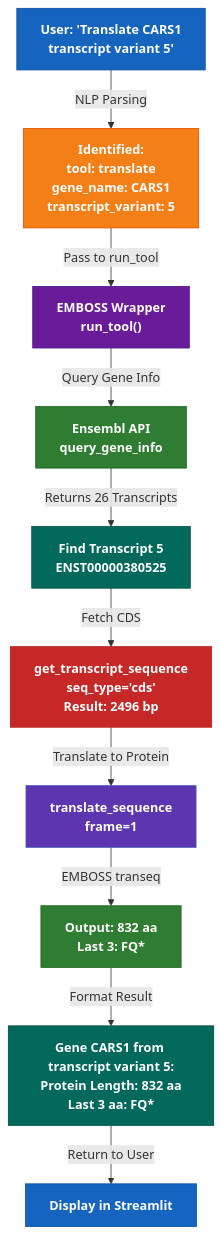
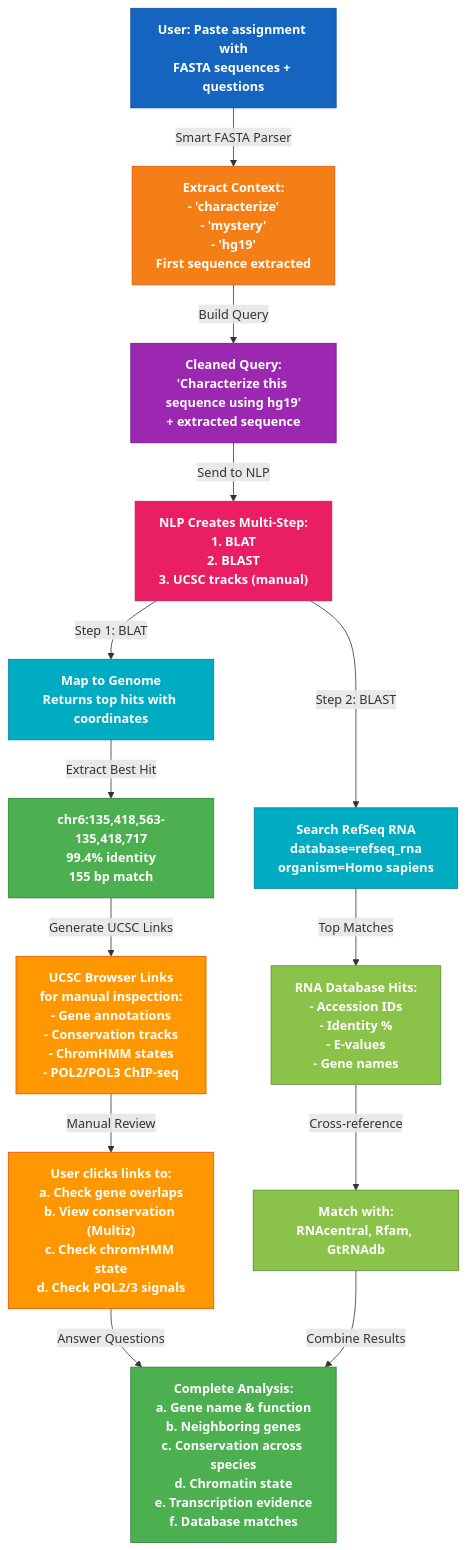
One commit to caagendaz/BME110-final changed the third of 14 diagrams in ARCHITECTURE.md. Above: the diagram before and after it, drawn with Mermaid. The commit also changed other lines of this file and 3 other files, not shown here.

First line of the commit message:
Remove hardcoded mystery analyzer, enhance BLAT parser, improve FASTA handling, update architecture docs

````diff
--- a/ARCHITECTURE.md
+++ b/ARCHITECTURE.md
@@ -91,31 +144,41 @@
 ```mermaid
 graph TD
-    A["User: 'Translate CARS1<br/>transcript variant 5'"] 
+    A["User: Paste assignment with<br/>FASTA sequences + questions"] 
     
-    A -->|NLP Parsing| B["Identified:<br/>tool: translate<br/>gene_name: CARS1<br/>transcript_variant: 5"]
+    A -->|Smart FASTA Parser| B["Extract Context:<br/>- 'characterize'<br/>- 'mystery'<br/>- 'hg19'<br/>First sequence extracted"]
     
-    B -->|Pass to run_tool| C["EMBOSS Wrapper<br/>run_tool()"]
+    B -->|Build Query| C["Cleaned Query:<br/>'Characterize this sequence using hg19'<br/>+ extracted sequence"]
     
-    C -->|Query Gene Info| D["Ensembl API<br/>query_gene_info"]
-    D -->|Returns 26 Transcripts| E["Find Transcript 5<br/>ENST00000380525"]
+    C -->|Send to NLP| D["NLP Creates Multi-Step:<br/>1. BLAT<br/>2. BLAST<br/>3. UCSC tracks (manual)"]
     
-    E -->|Fetch CDS| F["get_transcript_sequence<br/>seq_type='cds'<br/>Result: 2496 bp"]
+    D -->|Step 1: BLAT| E["Map to Genome<br/>Returns top hits with coordinates"]
     
-    F -->|Translate to Protein| G["translate_sequence<br/>frame=1"]
-    G -->|EMBOSS transeq| H["Output: 832 aa<br/>Last 3: FQ*"]
+    E -->|Extract Best Hit| F["chr6:135,418,563-135,418,717<br/>99.4% identity<br/>155 bp match"]
     
-    H -->|Format Result| I["Gene CARS1 from transcript variant 5:<br/>Protein Length: 832 aa<br/>Last 3 aa: FQ*"]
+    F -->|Generate UCSC Links| G["UCSC Browser Links<br/>for manual inspection:<br/>- Gene annotations<br/>- Conservation tracks<br/>- ChromHMM states<br/>- POL2/POL3 ChIP-seq"]
     
-    I -->|Return to User| J["Display in Streamlit"]
+    D -->|Step 2: BLAST| H["Search RefSeq RNA<br/>database=refseq_rna<br/>organism=Homo sapiens"]
+    
+    H -->|Top Matches| I["RNA Database Hits:<br/>- Accession IDs<br/>- Identity %<br/>- E-values<br/>- Gene names"]
+    
+    G -->|Manual Review| J["User clicks links to:<br/>a. Check gene overlaps<br/>b. View conservation (Multiz)<br/>c. Check chromHMM state<br/>d. Check POL2/3 signals"]
+    
+    I -->|Cross-reference| K["Match with:<br/>RNAcentral, Rfam, GtRNAdb"]
+    
+    J -->|Answer Questions| L["Complete Analysis:<br/>a. Gene name & function<br/>b. Neighboring genes<br/>c. Conservation across species<br/>d. Chromatin state<br/>e. Transcription evidence<br/>f. Database matches"]
+    
+    K -->|Combine Results| L
     
     style A fill:#1565c0,stroke:#0d47a1,color:#ffffff,font-weight:bold
     style B fill:#f57f17,stroke:#e65100,color:#ffffff,font-weight:bold
-    style C fill:#6a1b9a,stroke:#4a148c,color:#ffffff,font-weight:bold
-    style D fill:#2e7d32,stroke:#1b5e20,color:#ffffff,font-weight:bold
-    style E fill:#00695c,stroke:#004d40,color:#ffffff,font-weight:bold
-    style F fill:#c62828,stroke:#b71c1c,color:#ffffff,font-weight:bold
-    style G fill:#5e35b1,stroke:#3f51b5,color:#ffffff,font-weight:bold
-    style H fill:#2e7d32,stroke:#1b5e20,color:#ffffff,font-weight:bold
-    style I fill:#00695c,stroke:#004d40,color:#ffffff,font-weight:bold
-    style J fill:#1565c0,stroke:#0d47a1,color:#ffffff,font-weight:bold
+    style C fill:#9c27b0,stroke:#6a1b9a,color:#ffffff,font-weight:bold
+    style D fill:#e91e63,stroke:#c2185b,color:#ffffff,font-weight:bold
+    style E fill:#00acc1,stroke:#00838f,color:#ffffff,font-weight:bold
+    style F fill:#4caf50,stroke:#2e7d32,color:#ffffff,font-weight:bold
+    style G fill:#ff9800,stroke:#e65100,color:#ffffff,font-weight:bold
+    style H fill:#00acc1,stroke:#00838f,color:#ffffff,font-weight:bold
+    style I fill:#8bc34a,stroke:#558b2f,color:#ffffff,font-weight:bold
+    style J fill:#ff9800,stroke:#e65100,color:#ffffff,font-weight:bold
+    style K fill:#8bc34a,stroke:#558b2f,color:#ffffff,font-weight:bold
+    style L fill:#4caf50,stroke:#2e7d32,color:#ffffff,font-weight:bold
 ```
````
